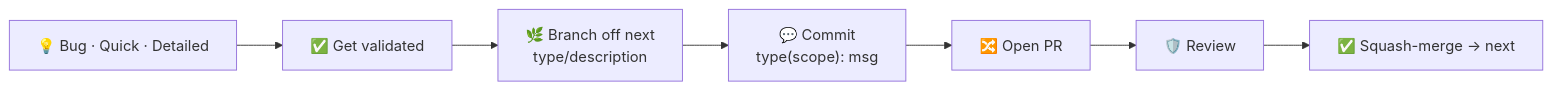
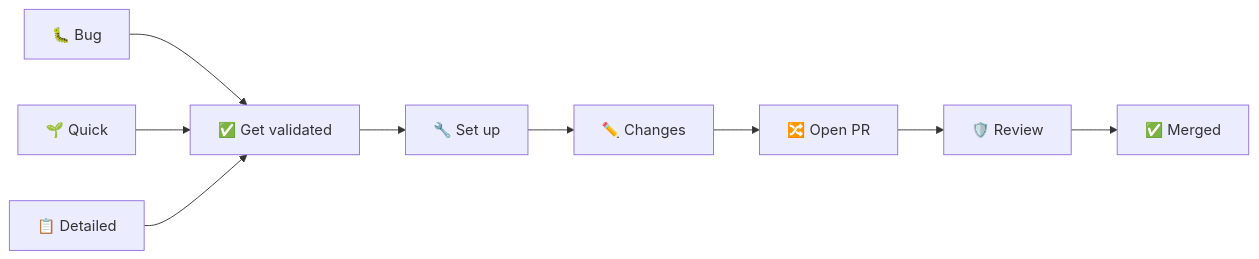
Before and after one commit to ai-driven-dev/aidd-framework: the diagram in CONTRIBUTING.md, drawn with Mermaid. The commit also changed other lines of this file, not shown here.

Commit message:
docs(framework): mermaid shows the 3 template branches, Principles intro
Bug/Quick/Detailed now render as three parallel entries converging on
validation, then the linear dev tail: Set up, Changes, PR, Review,
Merged - matching the section order below instead of restating
branch/commit patterns already linked there.

Principles gets one line of framing before the bullets.

````diff
--- a/CONTRIBUTING.md
+++ b/CONTRIBUTING.md
@@ -7,4 +7,7 @@
 ```mermaid
 flowchart LR
-    Issue["💡 Bug · Quick · Detailed"] --> Validate["✅ Get validated"] --> Branch["🌿 Branch off next<br/>type/description"] --> Commit["💬 Commit<br/>type(scope): msg"] --> PR["🔀 Open PR"] --> Review["🛡️ Review"] --> Merge["✅ Squash-merge → next"]
+    Bug["🐛 Bug"] --> Validate["✅ Get validated"]
+    Quick["🌱 Quick"] --> Validate
+    Detailed["📋 Detailed"] --> Validate
+    Validate --> Setup["🔧 Set up"] --> Changes["✏️ Changes"] --> PR["🔀 Open PR"] --> Review["🛡️ Review"] --> Merge["✅ Merged"]
 ```
````
